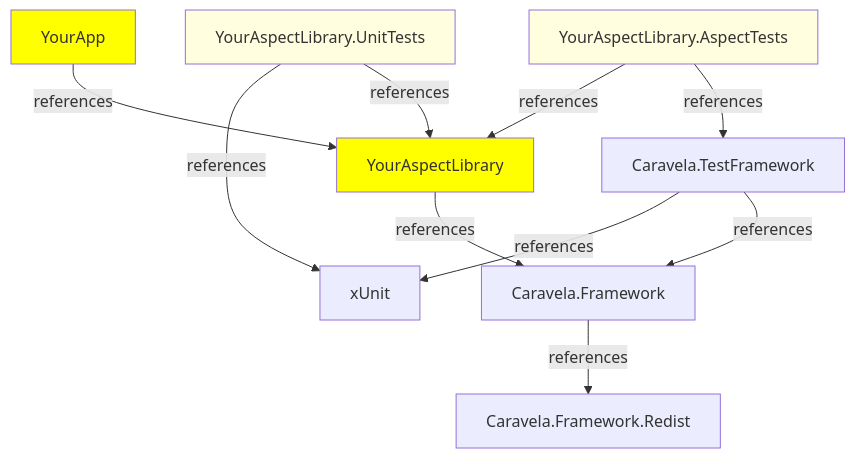
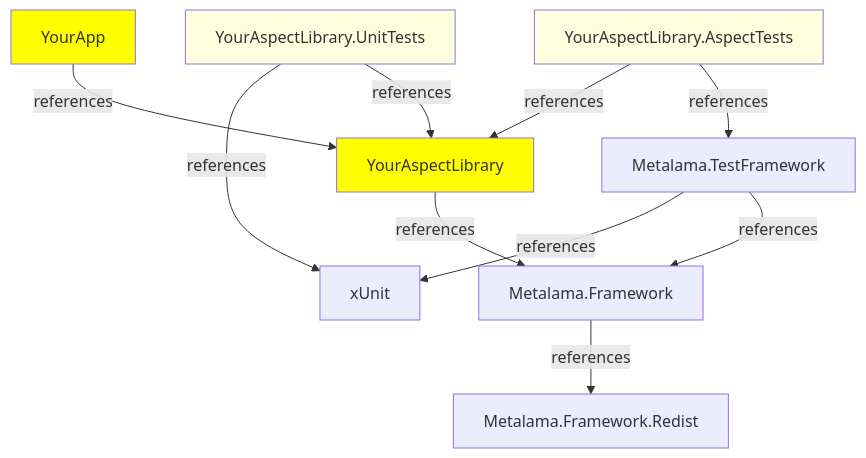
One commit to postsharp/Metalama.Documentation changed the diagram in conceptual/Aspects/Testing/compile-time-testing.md. Above: the diagram before and after it, drawn with Mermaid. The commit also changed other lines of this file and 177 other files, not shown here.

Commit message:
#29547 Bulk find&replace Metalama -> Caravela and other casings and PostSharp "Caravela" to Metalama.

````diff
--- a/conceptual/Aspects/Testing/compile-time-testing.md
+++ b/conceptual/Aspects/Testing/compile-time-testing.md
@@ -57,20 +57,20 @@
 ```mermaid
 graph TD
     YourApp -- references --> YourAspectLibrary
-    YourAspectLibrary -- references --> Caravela.Framework
+    YourAspectLibrary -- references --> Metalama.Framework
     YourAspectLibrary.UnitTests -- references --> xUnit
     YourAspectLibrary.UnitTests -- references --> YourAspectLibrary
     YourAspectLibrary.AspectTests -- references --> YourAspectLibrary
-    YourAspectLibrary.AspectTests -- references --> Caravela.TestFramework
-    Caravela.Framework -- references --> Caravela.Framework.Redist
-    Caravela.TestFramework -- references --> xUnit
-    Caravela.TestFramework -- references --> Caravela.Framework
+    YourAspectLibrary.AspectTests -- references --> Metalama.TestFramework
+    Metalama.Framework -- references --> Metalama.Framework.Redist
+    Metalama.TestFramework -- references --> xUnit
+    Metalama.TestFramework -- references --> Metalama.Framework
     
     classDef your fill:yellow;
     classDef yourTest fill:lightyellow;
     class YourApp your;
     class YourAspectLibrary your;
     class YourAspectLibrary.UnitTests yourTest;
     class YourAspectLibrary.AspectTests yourTest;
 
 ```
````
